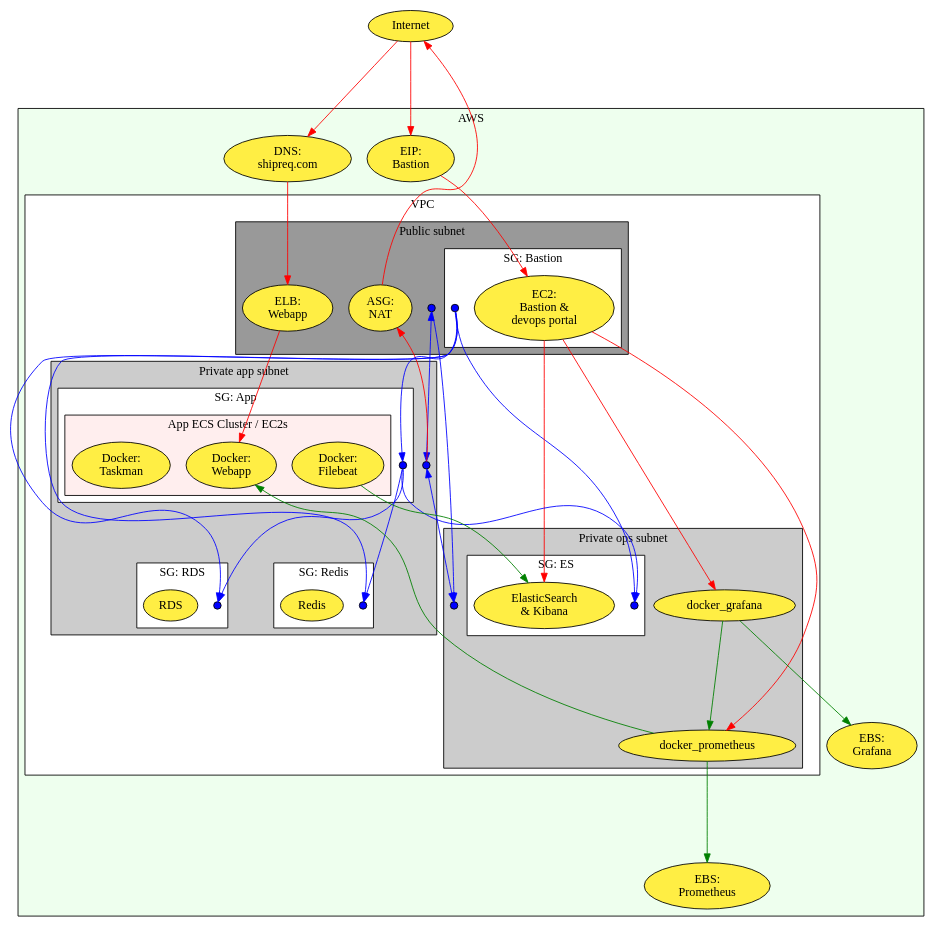
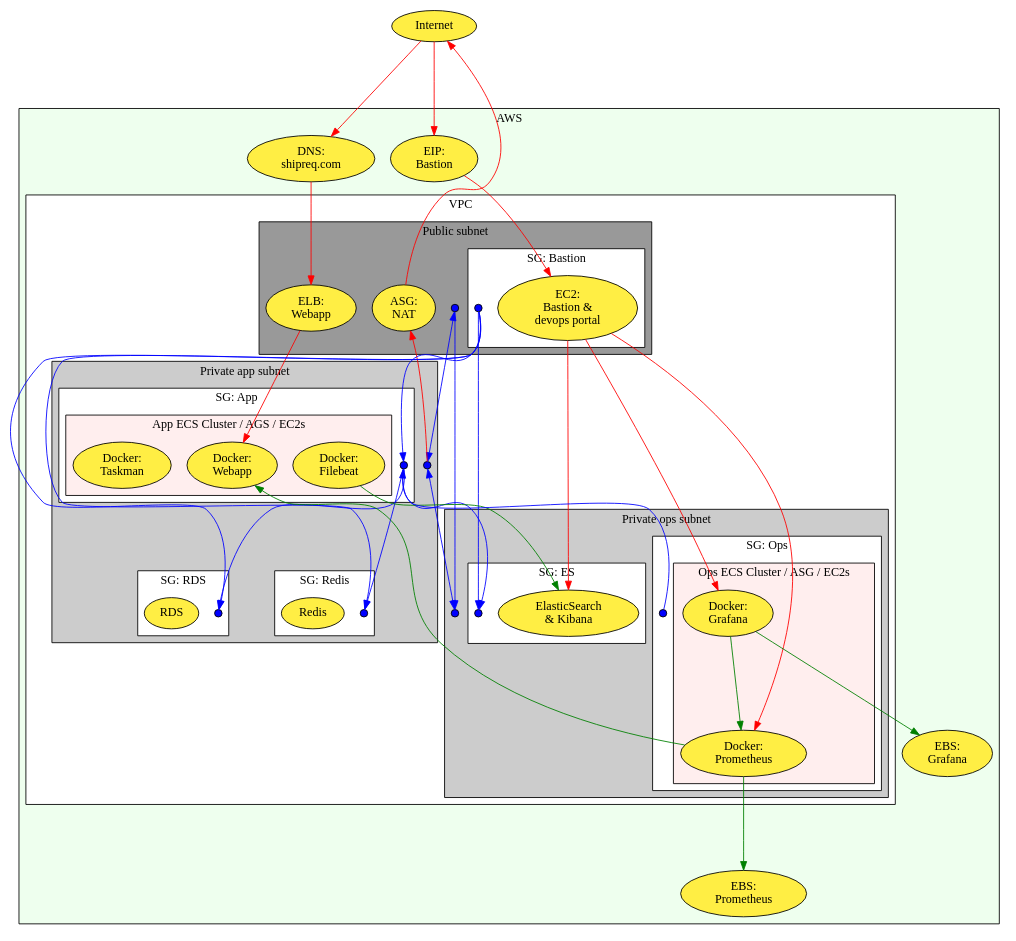
One commit to scala-steward/shipreq changed the diagram in Infrastructure/architecture.gv. Above: the diagram before and after it, drawn with Graphviz. The commit also changed 8 other files, not shown here.

Commit message:
Terraform: Ops cluster WIP

```diff
--- a/Infrastructure/architecture.gv
+++ b/Infrastructure/architecture.gv
@@ -1,97 +1,104 @@
 digraph {
   node [style=filled fillcolor="#ffee44"]
   graph [ranksep=1.5]
 
   internet [label=Internet]
 
   subgraph cluster_AWS {
     label="AWS" style=filled fillcolor="#eeffee"
     dns_shipreq [label="DNS:\nshipreq.com"]
     ebs_prometheus [label="EBS:\nPrometheus"]
     ebs_grafana [label="EBS:\nGrafana"]
     eip_bastion [label="EIP:\nBastion"]
 
     subgraph cluster_VPC {
       label="VPC" fillcolor=white
 
       subgraph cluster_public {
         label="Public subnet" fillcolor="#999999"
         subnet_public [shape=point fillcolor=blue width=.12]
         elb_webapp [label="ELB:\nWebapp"]
         nat [label="ASG:\nNAT"]
 
         subgraph cluster_sg_bastion {
           label="SG: Bastion" fillcolor=white
           sg_bastion [shape=point fillcolor=blue width=.12]
           bastion [label="EC2:\nBastion &\ndevops portal"]
         }
       }
 
       subgraph cluster_private_app {
         label="Private app subnet" fillcolor="#cccccc"
         subnet_private_app [shape=point fillcolor=blue width=.12]
 
         subgraph cluster_sg_rds {
           label="SG: RDS" fillcolor=white
           sg_rds [shape=point fillcolor=blue width=.12]
           rds [label="RDS"]
         }
 
         subgraph cluster_sg_redis {
           label="SG: Redis" fillcolor=white
           sg_redis [shape=point fillcolor=blue width=.12]
           redis [label="Redis"]
         }
 
         subgraph cluster_sg_app {
           label="SG: App" fillcolor=white
           sg_app [shape=point fillcolor=blue width=.12]
 
           subgraph cluster_ecs2_app {
-            label="App ECS Cluster / EC2s" fillcolor="#ffeeee"
+            label="App ECS Cluster / AGS / EC2s" fillcolor="#ffeeee"
             docker_filebeat [label="Docker:\nFilebeat"]
             docker_webapp [label="Docker:\nWebapp"]
             docker_taskman [label="Docker:\nTaskman"]
           }
         }
       }
 
       subgraph cluster_private_ops {
         label="Private ops subnet" fillcolor="#cccccc"
         subnet_private_ops [shape=point fillcolor=blue width=.12]
 
         subgraph cluster_sg_es {
           label="SG: ES" fillcolor=white
           sg_es [shape=point fillcolor=blue width=.12]
           es [label="ElasticSearch\n& Kibana"]
         }
 
-        docker_prometheus
-        docker_grafana
-        # TODO: prometheus
-        # TODO: grafana
+        subgraph cluster_sg_ops {
+          label="SG: Ops" fillcolor=white
+          sg_ops [shape=point fillcolor=blue width=.12]
+
+          subgraph cluster_ecs2_ops {
+            label="Ops ECS Cluster / ASG / EC2s" fillcolor="#ffeeee"
+            docker_prometheus [label="Docker:\nPrometheus"]
+            docker_grafana [label="Docker:\nGrafana"]
+          }
+        }
       }
     }
   }
 
   edge [color=red]
   internet -> dns_shipreq -> elb_webapp
   internet -> nat [dir=back]
   internet -> eip_bastion -> bastion -> es,docker_prometheus,docker_grafana
   elb_webapp -> docker_webapp
   nat -> subnet_private_app [dir=back]
 
   edge [color=blue]
   subnet_public -> subnet_private_app [dir=both]
   subnet_public -> subnet_private_ops
   subnet_private_app -> subnet_private_ops [dir=both]
   sg_app -> sg_rds,sg_redis,sg_es
   sg_bastion -> sg_app,sg_rds,sg_redis,sg_es
+  sg_ops -> sg_app
 
   edge [color=green]
   docker_filebeat -> es
   docker_prometheus -> ebs_prometheus
   docker_grafana -> ebs_grafana
   docker_webapp -> docker_prometheus [dir=back]
   docker_grafana -> docker_prometheus
 }
```
